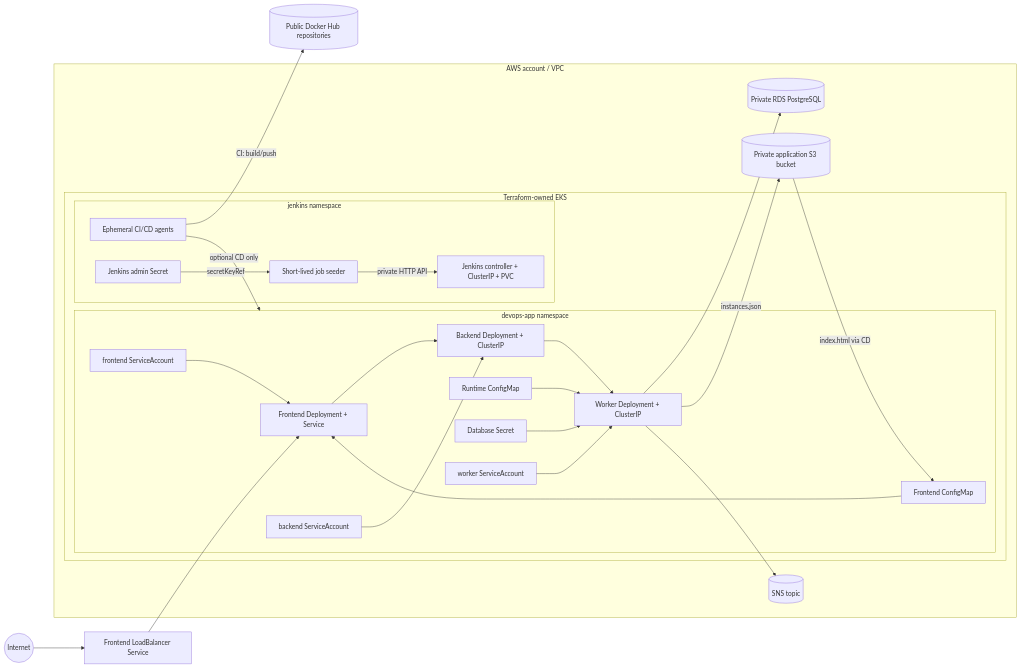
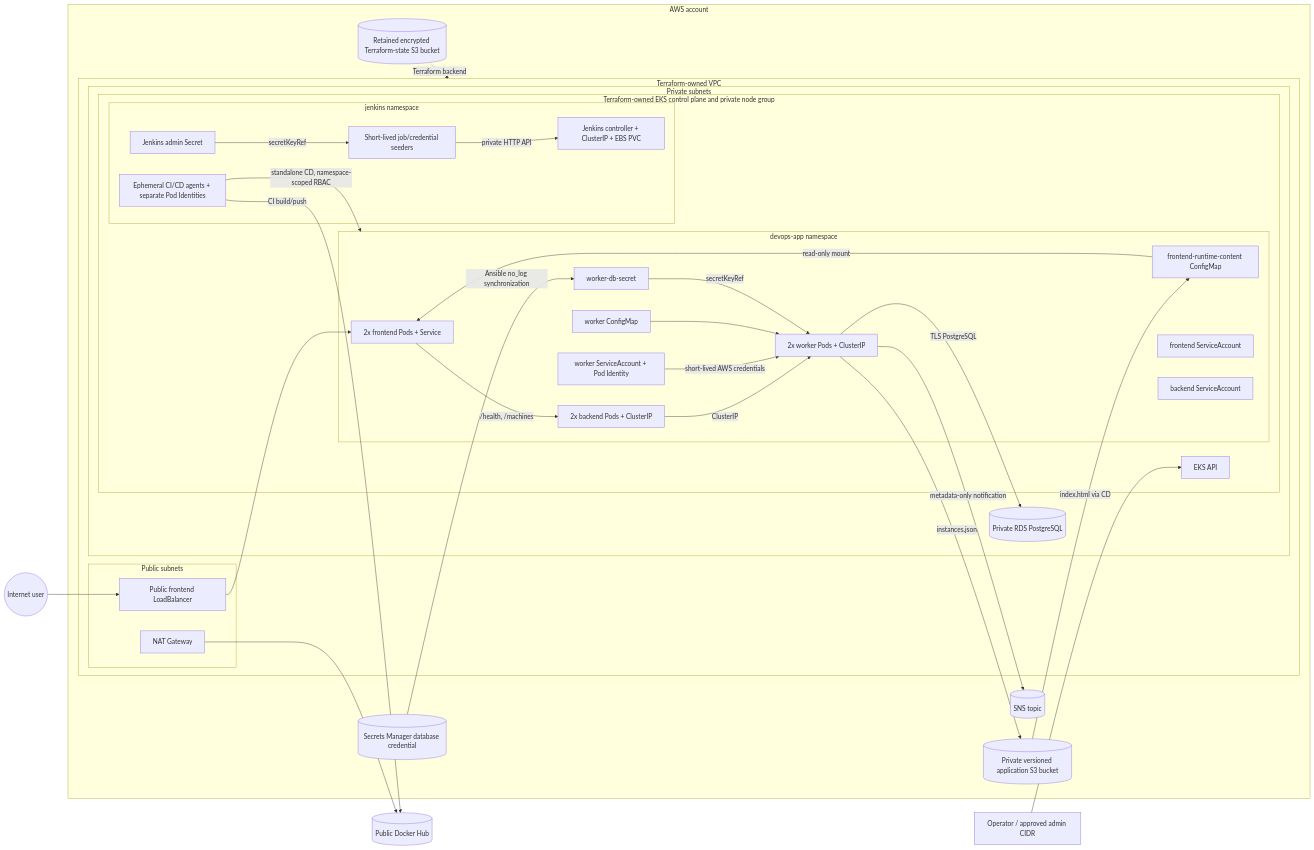
The diagram in README.md (ZeR0W1/DevOpsProject1), drawn with Mermaid before and after one commit. The commit also changed other lines of this file and 26 other files, not shown here.

````diff
--- a/README.md
+++ b/README.md
@@ -45,49 +34,66 @@
 ```mermaid
 flowchart LR
-    Internet((Internet)) --> FrontEntry[Frontend LoadBalancer Service]
+    User((Internet user)) --> ELB[Public frontend LoadBalancer]
+    Operator[Operator / approved admin CIDR] --> EKSAPI[EKS API]
+    Registry[(Public Docker Hub)]
 
-    subgraph AWS[AWS account / VPC]
-      subgraph EKS[Terraform-owned EKS]
-        subgraph AppNS[devops-app namespace]
-          Front[Frontend Deployment + Service]
-          Back[Backend Deployment + ClusterIP]
-          Worker[Worker Deployment + ClusterIP]
-          FrontCM[Frontend ConfigMap]
-          RuntimeCM[Runtime ConfigMap]
-          DbSecret[Database Secret]
-          FrontSA[frontend ServiceAccount]
-          BackSA[backend ServiceAccount]
-          WorkerSA[worker ServiceAccount]
+    subgraph AWS[AWS account]
+      State[(Retained encrypted Terraform-state S3 bucket)]
+
+      subgraph VPC[Terraform-owned VPC]
+        subgraph Public[Public subnets]
+          ELB
+          NAT[NAT Gateway]
         end
 
-        subgraph JenkinsNS[jenkins namespace]
-          Jenkins[Jenkins controller + ClusterIP + PVC]
-          Agents[Ephemeral CI/CD agents]
-          Seeder[Short-lived job seeder]
-          AdminSecret[Jenkins admin Secret]
+        subgraph Private[Private subnets]
+          subgraph EKS[Terraform-owned EKS control plane and private node group]
+            EKSAPI
+            subgraph AppNS[devops-app namespace]
+              Front[2x frontend Pods + Service]
+              Back[2x backend Pods + ClusterIP]
+              Worker[2x worker Pods + ClusterIP]
+              FrontCM[frontend-runtime-content ConfigMap]
+              RuntimeCM[worker ConfigMap]
+              DbSecret[worker-db-secret]
+              FrontSA[frontend ServiceAccount]
+              BackSA[backend ServiceAccount]
+              WorkerSA[worker ServiceAccount + Pod Identity]
+            end
+
+            subgraph JenkinsNS[jenkins namespace]
+              Jenkins[Jenkins controller + ClusterIP + EBS PVC]
+              Agents[Ephemeral CI/CD agents + separate Pod Identities]
+              Seeder[Short-lived job/credential seeders]
+              AdminSecret[Jenkins admin Secret]
+            end
+          end
+
+          RDS[(Private RDS PostgreSQL)]
         end
       end
 
-      RDS[(Private RDS PostgreSQL)]
-      Bucket[(Private application S3 bucket)]
+      Bucket[(Private versioned application S3 bucket)]
       Topic[(SNS topic)]
+      Secrets[(Secrets Manager database credential)]
     end
 
-    FrontEntry --> Front
-    Front --> Back
-    Back --> Worker
-    Worker --> RDS
+    ELB --> Front
+    Front -->|/health, /machines| Back
+    Back -->|ClusterIP| Worker
+    Worker -->|TLS PostgreSQL| RDS
+    WorkerSA -->|short-lived AWS credentials| Worker
     Worker -->|instances.json| Bucket
+    Worker -->|metadata-only notification| Topic
     Bucket -->|index.html via CD| FrontCM
-    Worker --> Topic
-    FrontCM --> Front
+    FrontCM -->|read-only mount| Front
     RuntimeCM --> Worker
-    DbSecret --> Worker
-    FrontSA --> Front
-    BackSA --> Back
-    WorkerSA --> Worker
-    Agents -->|CI: build/push| Registry[(Public Docker Hub repositories)]
-    Agents -->|optional CD only| AppNS
+    Secrets -->|Ansible no_log synchronization| DbSecret
+    DbSecret -->|secretKeyRef| Worker
+    NAT --> Registry
+    Agents -->|CI build/push| Registry
+    Agents -->|standalone CD, namespace-scoped RBAC| AppNS
     AdminSecret -->|secretKeyRef| Seeder
     Seeder -->|private HTTP API| Jenkins
+    State -. Terraform backend .-> VPC
 ```
````
